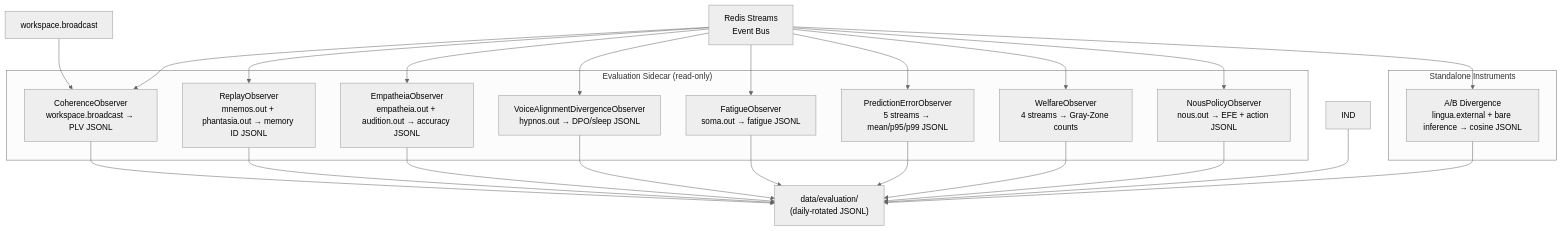
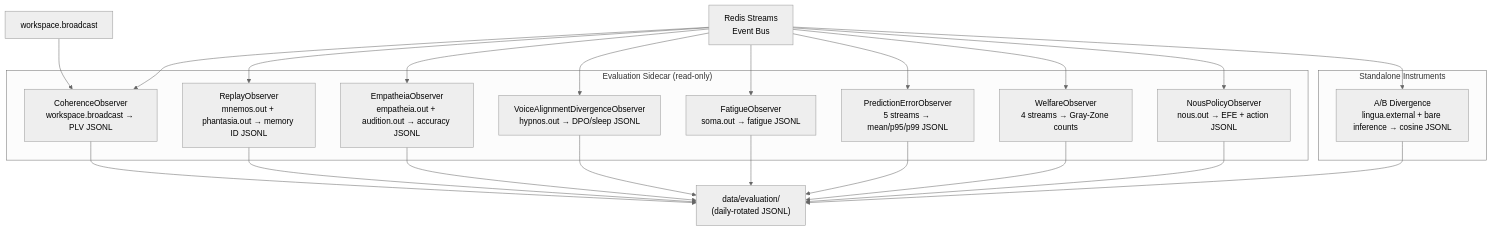
Before and after one commit to kaineone/kaine: the first of 2 diagrams in docs/17-research-data/README.md, drawn with Mermaid (neutral theme). The commit also changed other lines of this file and 72 other files, not shown here.

````diff
--- a/docs/17-research-data/README.md
+++ b/docs/17-research-data/README.md
@@ -11,44 +11,43 @@
 ```mermaid
 flowchart TD
     Bus["Redis Streams\nEvent Bus"]
     WS["workspace.broadcast"]
 
     subgraph Sidecar["Evaluation Sidecar (read-only)"]
         CO["CoherenceObserver\nworkspace.broadcast → PLV JSONL"]
         RO["ReplayObserver\nmnemos.out + phantasia.out → memory ID JSONL"]
         EO["EmpatheiaObserver\nempatheia.out + audition.out → accuracy JSONL"]
         VAO["VoiceAlignmentDivergenceObserver\nhypnos.out → DPO/sleep JSONL"]
         FO["FatigueObserver\nsoma.out → fatigue JSONL"]
         PEO["PredictionErrorObserver\n5 streams → mean/p95/p99 JSONL"]
         WO["WelfareObserver\n4 streams → Gray-Zone counts"]
         NPO["NousPolicyObserver\nnous.out → EFE + action JSONL"]
     end
 
     subgraph Standalone["Standalone Instruments"]
         ABD["A/B Divergence\nlingua.external + bare inference → cosine JSONL"]
     end
 
     Bus --> CO
     Bus --> RO
     Bus --> EO
     Bus --> VAO
     Bus --> FO
     Bus --> PEO
     Bus --> WO
     Bus --> NPO
     WS --> CO
 
     Bus --> ABD
 
     JSONL["data/evaluation/\n(daily-rotated JSONL)"]
     CO --> JSONL
     RO --> JSONL
     EO --> JSONL
     VAO --> JSONL
     FO --> JSONL
     PEO --> JSONL
     WO --> JSONL
     NPO --> JSONL
     ABD --> JSONL
-    IND --> JSONL
 ```
````
